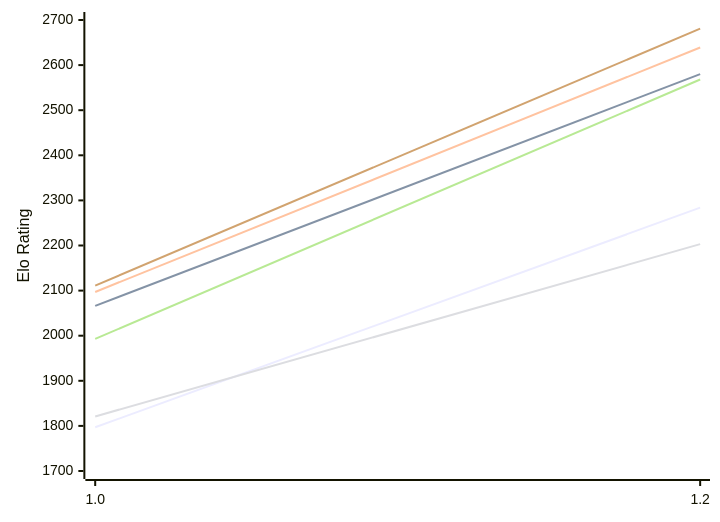
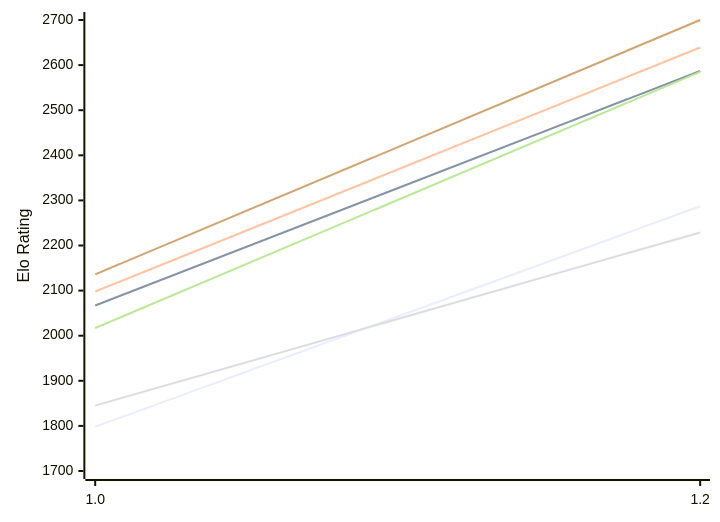
Before and after one commit to computer-chess-index/cci: the first of 2 diagrams in engines/Echekinator.md, drawn with Mermaid. The commit also changed other lines of this file, not shown here.

Commit message:
Update CCI Ratings (ELO VLTC) - 2026-11-04

````diff
--- a/engines/Echekinator.md
+++ b/engines/Echekinator.md
@@ -50,12 +50,12 @@
 ```mermaid
 %%{init: {"theme":"base","themeVariables":{"seriesColors:['#a3a3a3','#222221','#faa371']}}}%%
 xychart-beta
   x-axis ["1.0", "1.2"]
   y-axis "Elo Rating" 1700 --> 2700
-  line "E1: STC (8.0+0.08s)" [1797, 2284]
-  line "E1: LTC (60.0+0.60s)" [2066, 2580]
-  line "E1: VLTC (2m24s+1.12s)" [2097, 2639]
-  line "P1: STC (8.0+0.08s)" [1821, 2203]
-  line "P1: LTC (60.0+0.60s)" [1993, 2568]
-  line "P1: VLTC (2m24s+1.12s)" [2111, 2681]
+  line "E1: STC (8.0+0.08s)" [1798, 2287]
+  line "E1: LTC (60.0+0.60s)" [2067, 2587]
+  line "E1: VLTC (2m24s+1.12s)" [2098, 2639]
+  line "P1: STC (8.0+0.08s)" [1845, 2229]
+  line "P1: LTC (60.0+0.60s)" [2017, 2585]
+  line "P1: VLTC (2m24s+1.12s)" [2136, 2700]
 ```
````
